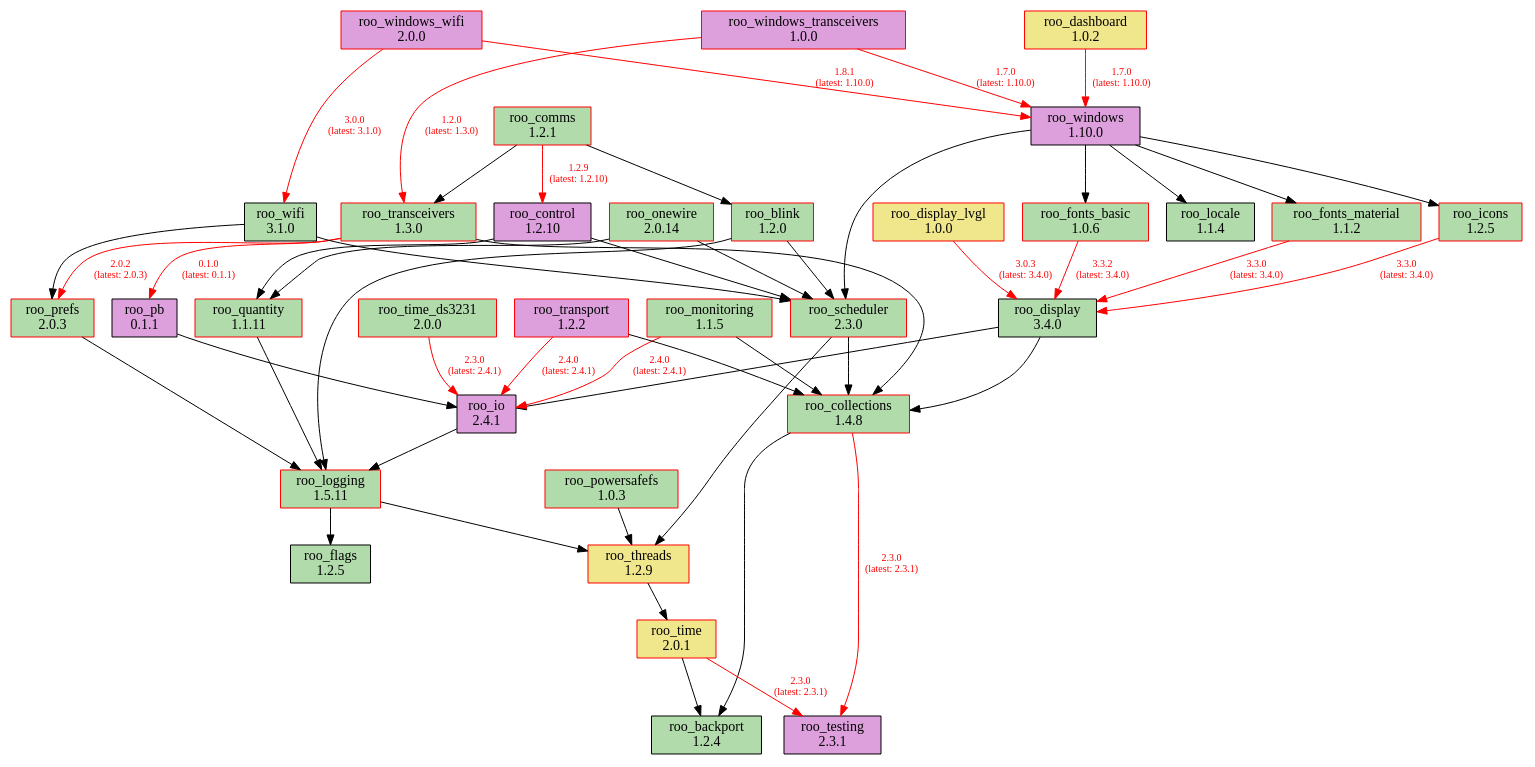
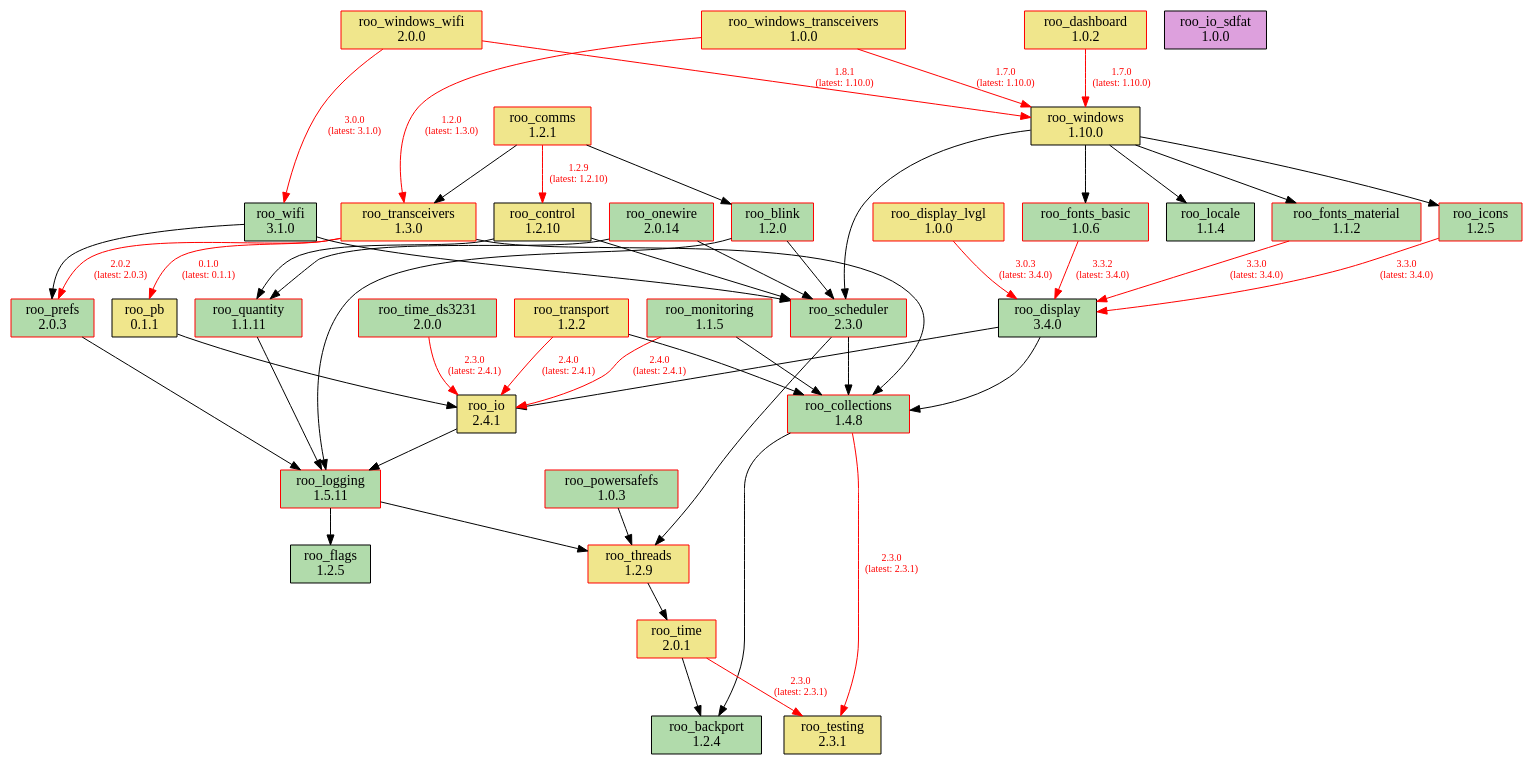
Before and after one commit to dejwk/roo-registry: the diagram in doc/dependencies.dot, drawn with Graphviz. The commit also changed 1 other file, not shown here.

```diff
--- a/doc/dependencies.dot
+++ b/doc/dependencies.dot
@@ -1,90 +1,91 @@
 digraph dependencies {
     rankdir=TB;
     node [shape=box, style=filled];
     edge [fontsize=10];
 
     // Modules
     "roo_backport" [label="roo_backport\n1.2.4", fillcolor="#b1dbab", color="black"];
     "roo_blink" [label="roo_blink\n1.2.0", fillcolor="#b1dbab", color="red"];
     "roo_collections" [label="roo_collections\n1.4.8", fillcolor="#b1dbab", color="red"];
-    "roo_comms" [label="roo_comms\n1.2.1", fillcolor="#b1dbab", color="red"];
-    "roo_control" [label="roo_control\n1.2.10", fillcolor="plum", color="black"];
+    "roo_comms" [label="roo_comms\n1.2.1", fillcolor="khaki", color="red"];
+    "roo_control" [label="roo_control\n1.2.10", fillcolor="khaki", color="black"];
     "roo_dashboard" [label="roo_dashboard\n1.0.2", fillcolor="khaki", color="red"];
     "roo_display" [label="roo_display\n3.4.0", fillcolor="#b1dbab", color="black"];
     "roo_display_lvgl" [label="roo_display_lvgl\n1.0.0", fillcolor="khaki", color="red"];
     "roo_flags" [label="roo_flags\n1.2.5", fillcolor="#b1dbab", color="black"];
     "roo_fonts_basic" [label="roo_fonts_basic\n1.0.6", fillcolor="#b1dbab", color="red"];
     "roo_fonts_material" [label="roo_fonts_material\n1.1.2", fillcolor="#b1dbab", color="red"];
     "roo_icons" [label="roo_icons\n1.2.5", fillcolor="#b1dbab", color="red"];
-    "roo_io" [label="roo_io\n2.4.1", fillcolor="plum", color="black"];
+    "roo_io" [label="roo_io\n2.4.1", fillcolor="khaki", color="black"];
+    "roo_io_sdfat" [label="roo_io_sdfat\n1.0.0", fillcolor="plum", color="black"];
     "roo_locale" [label="roo_locale\n1.1.4", fillcolor="#b1dbab", color="black"];
     "roo_logging" [label="roo_logging\n1.5.11", fillcolor="#b1dbab", color="red"];
     "roo_monitoring" [label="roo_monitoring\n1.1.5", fillcolor="#b1dbab", color="red"];
     "roo_onewire" [label="roo_onewire\n2.0.14", fillcolor="#b1dbab", color="red"];
-    "roo_pb" [label="roo_pb\n0.1.1", fillcolor="plum", color="black"];
+    "roo_pb" [label="roo_pb\n0.1.1", fillcolor="khaki", color="black"];
     "roo_powersafefs" [label="roo_powersafefs\n1.0.3", fillcolor="#b1dbab", color="red"];
     "roo_prefs" [label="roo_prefs\n2.0.3", fillcolor="#b1dbab", color="red"];
     "roo_quantity" [label="roo_quantity\n1.1.11", fillcolor="#b1dbab", color="red"];
     "roo_scheduler" [label="roo_scheduler\n2.3.0", fillcolor="#b1dbab", color="red"];
-    "roo_testing" [label="roo_testing\n2.3.1", fillcolor="plum", color="black"];
+    "roo_testing" [label="roo_testing\n2.3.1", fillcolor="khaki", color="black"];
     "roo_threads" [label="roo_threads\n1.2.9", fillcolor="khaki", color="red"];
     "roo_time" [label="roo_time\n2.0.1", fillcolor="khaki", color="red"];
     "roo_time_ds3231" [label="roo_time_ds3231\n2.0.0", fillcolor="#b1dbab", color="red"];
-    "roo_transceivers" [label="roo_transceivers\n1.3.0", fillcolor="#b1dbab", color="red"];
-    "roo_transport" [label="roo_transport\n1.2.2", fillcolor="plum", color="red"];
+    "roo_transceivers" [label="roo_transceivers\n1.3.0", fillcolor="khaki", color="red"];
+    "roo_transport" [label="roo_transport\n1.2.2", fillcolor="khaki", color="red"];
     "roo_wifi" [label="roo_wifi\n3.1.0", fillcolor="#b1dbab", color="black"];
-    "roo_windows" [label="roo_windows\n1.10.0", fillcolor="plum", color="black"];
-    "roo_windows_transceivers" [label="roo_windows_transceivers\n1.0.0", fillcolor="plum", color="red"];
-    "roo_windows_wifi" [label="roo_windows_wifi\n2.0.0", fillcolor="plum", color="red"];
+    "roo_windows" [label="roo_windows\n1.10.0", fillcolor="khaki", color="black"];
+    "roo_windows_transceivers" [label="roo_windows_transceivers\n1.0.0", fillcolor="khaki", color="red"];
+    "roo_windows_wifi" [label="roo_windows_wifi\n2.0.0", fillcolor="khaki", color="red"];
 
     // Dependencies
     "roo_blink" -> "roo_logging";
     "roo_blink" -> "roo_scheduler";
     "roo_collections" -> "roo_testing" [color=red, fontcolor=red, label="2.3.0\n(latest: 2.3.1)"];
     "roo_collections" -> "roo_backport";
     "roo_comms" -> "roo_blink";
     "roo_comms" -> "roo_control" [color=red, fontcolor=red, label="1.2.9\n(latest: 1.2.10)"];
     "roo_comms" -> "roo_transceivers";
     "roo_control" -> "roo_quantity";
     "roo_control" -> "roo_scheduler";
     "roo_dashboard" -> "roo_windows" [color=red, fontcolor=red, label="1.7.0\n(latest: 1.10.0)"];
     "roo_display" -> "roo_collections";
     "roo_display" -> "roo_io";
     "roo_display_lvgl" -> "roo_display" [color=red, fontcolor=red, label="3.0.3\n(latest: 3.4.0)"];
     "roo_fonts_basic" -> "roo_display" [color=red, fontcolor=red, label="3.3.2\n(latest: 3.4.0)"];
     "roo_fonts_material" -> "roo_display" [color=red, fontcolor=red, label="3.3.0\n(latest: 3.4.0)"];
     "roo_icons" -> "roo_display" [color=red, fontcolor=red, label="3.3.0\n(latest: 3.4.0)"];
     "roo_io" -> "roo_logging";
     "roo_logging" -> "roo_flags";
     "roo_logging" -> "roo_threads";
     "roo_monitoring" -> "roo_collections";
     "roo_monitoring" -> "roo_io" [color=red, fontcolor=red, label="2.4.0\n(latest: 2.4.1)"];
     "roo_onewire" -> "roo_scheduler";
     "roo_onewire" -> "roo_quantity";
     "roo_pb" -> "roo_io";
     "roo_powersafefs" -> "roo_threads";
     "roo_prefs" -> "roo_logging";
     "roo_quantity" -> "roo_logging";
     "roo_scheduler" -> "roo_collections";
     "roo_scheduler" -> "roo_threads";
     "roo_threads" -> "roo_time";
     "roo_time" -> "roo_testing" [color=red, fontcolor=red, label="2.3.0\n(latest: 2.3.1)"];
     "roo_time" -> "roo_backport";
     "roo_time_ds3231" -> "roo_io" [color=red, fontcolor=red, label="2.3.0\n(latest: 2.4.1)"];
     "roo_transceivers" -> "roo_pb" [color=red, fontcolor=red, label="0.1.0\n(latest: 0.1.1)"];
     "roo_transceivers" -> "roo_collections";
     "roo_transceivers" -> "roo_prefs" [color=red, fontcolor=red, label="2.0.2\n(latest: 2.0.3)"];
     "roo_transport" -> "roo_collections";
     "roo_transport" -> "roo_io" [color=red, fontcolor=red, label="2.4.0\n(latest: 2.4.1)"];
     "roo_wifi" -> "roo_prefs";
     "roo_wifi" -> "roo_scheduler";
     "roo_windows" -> "roo_fonts_basic";
     "roo_windows" -> "roo_fonts_material";
     "roo_windows" -> "roo_locale";
     "roo_windows" -> "roo_icons";
     "roo_windows" -> "roo_scheduler";
     "roo_windows_transceivers" -> "roo_transceivers" [color=red, fontcolor=red, label="1.2.0\n(latest: 1.3.0)"];
     "roo_windows_transceivers" -> "roo_windows" [color=red, fontcolor=red, label="1.7.0\n(latest: 1.10.0)"];
     "roo_windows_wifi" -> "roo_wifi" [color=red, fontcolor=red, label="3.0.0\n(latest: 3.1.0)"];
     "roo_windows_wifi" -> "roo_windows" [color=red, fontcolor=red, label="1.8.1\n(latest: 1.10.0)"];
 }
```
